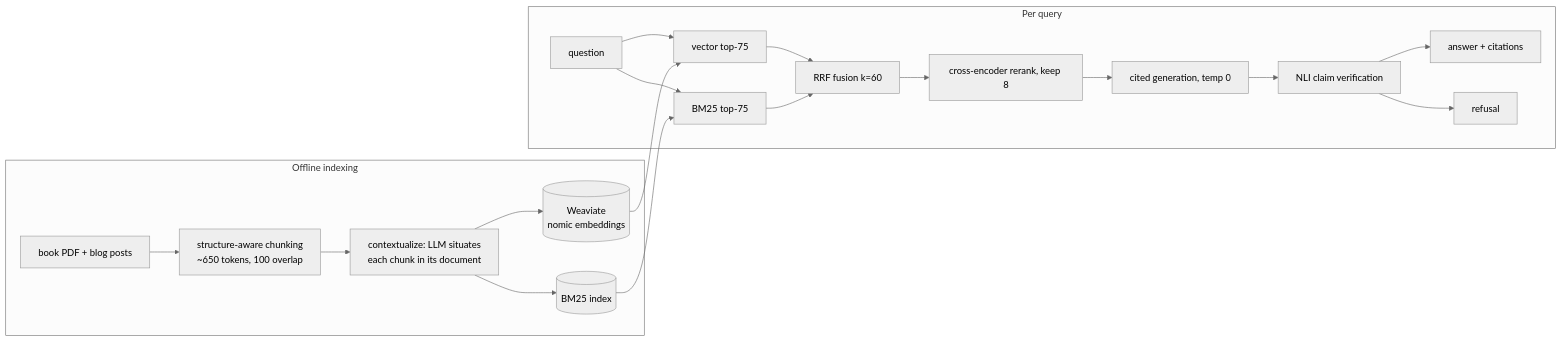
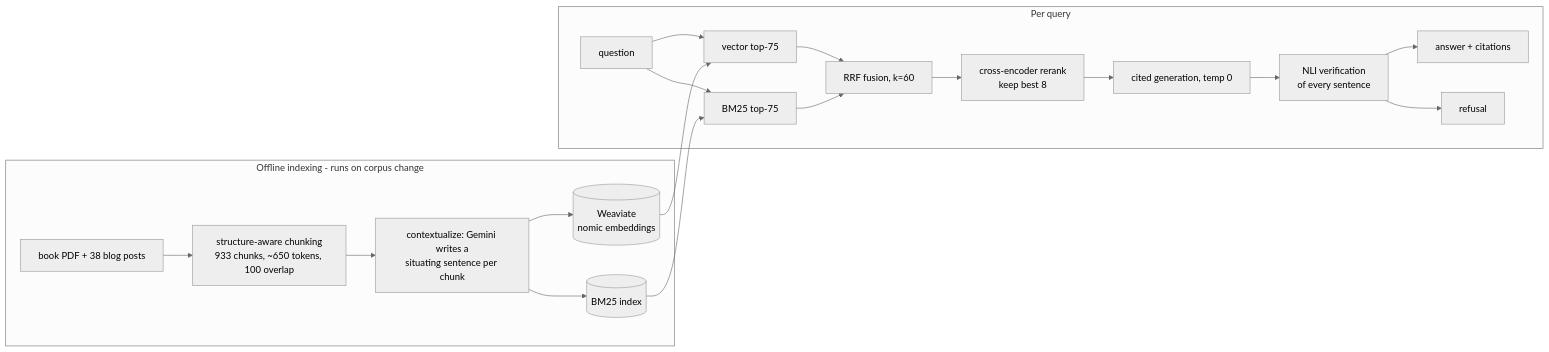
One commit to nurbekkmu/grounded-rag changed the diagram in README.md. Above: the diagram before and after it, drawn with Mermaid (neutral theme). The commit also changed other lines of this file, not shown here.

````diff
--- a/README.md
+++ b/README.md
@@ -48,22 +57,22 @@
 ```mermaid
 flowchart LR
-  subgraph offline [Offline indexing]
-    A[book PDF + blog posts] --> B[structure-aware chunking<br/>~650 tokens, 100 overlap]
-    B --> C[contextualize: LLM situates<br/>each chunk in its document]
+  subgraph offline [Offline indexing - runs on corpus change]
+    A[book PDF + 38 blog posts] --> B[structure-aware chunking<br/>933 chunks, ~650 tokens, 100 overlap]
+    B --> C[contextualize: Gemini writes a<br/>situating sentence per chunk]
     C --> D[(Weaviate<br/>nomic embeddings)]
     C --> E[(BM25 index)]
   end
   subgraph online [Per query]
     Q[question] --> V[vector top-75]
     Q --> K[BM25 top-75]
-    V --> F[RRF fusion k=60]
+    V --> F[RRF fusion, k=60]
     K --> F
-    F --> R[cross-encoder rerank, keep 8]
+    F --> R[cross-encoder rerank<br/>keep best 8]
     R --> G[cited generation, temp 0]
-    G --> N[NLI claim verification]
+    G --> N[NLI verification<br/>of every sentence]
     N --> Ans[answer + citations]
     N --> Ref[refusal]
   end
   D --> V
   E --> K
 ```
````
